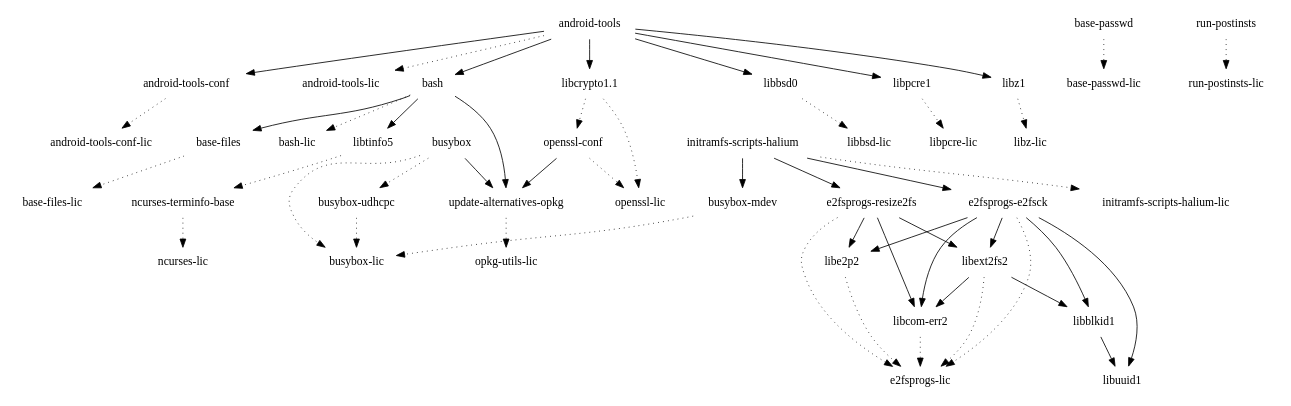
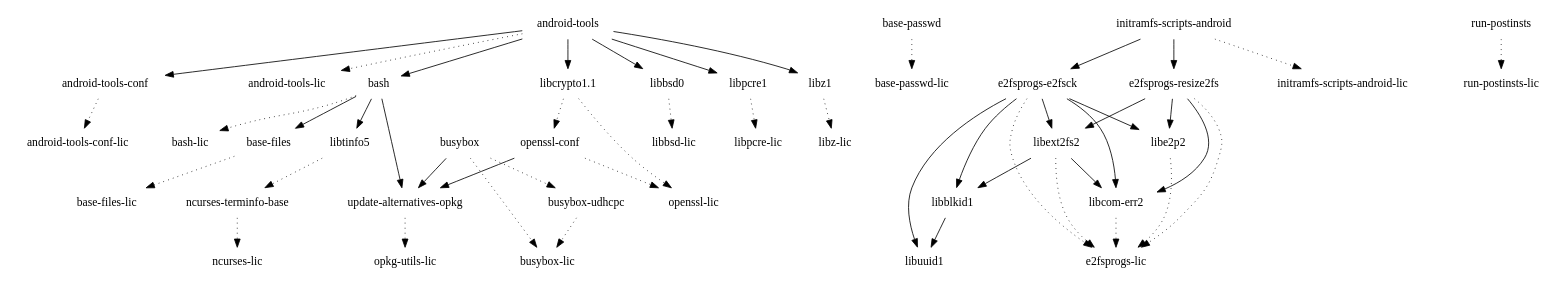
The diagram in images/hammerhead/glibc/initramfs-android-image/depends-nokernel-nolibc.dot (webOS-ports/buildhistory), drawn with Graphviz before and after one commit. The commit also changed 6043 other files, not shown here.

```diff
--- a/images/hammerhead/glibc/initramfs-android-image/depends-nokernel-nolibc.dot
+++ b/images/hammerhead/glibc/initramfs-android-image/depends-nokernel-nolibc.dot
@@ -1,53 +1,51 @@
 digraph depends {
     node [shape=plaintext]
 "android-tools" -> "android-tools-conf"
 "android-tools" -> "android-tools-lic" [style=dotted]
 "android-tools" -> "bash"
 "android-tools-conf" -> "android-tools-conf-lic" [style=dotted]
 "android-tools" -> "libbsd0"
 "android-tools" -> "libcrypto1.1"
 "android-tools" -> "libpcre1"
 "android-tools" -> "libz1"
 "base-files" -> "base-files-lic" [style=dotted]
 "base-passwd" -> "base-passwd-lic" [style=dotted]
 "bash" -> "base-files"
 "bash" -> "bash-lic" [style=dotted]
 "bash" -> "libtinfo5"
 "bash" -> "update-alternatives-opkg"
 "busybox" -> "busybox-lic" [style=dotted]
 "busybox" -> "busybox-udhcpc" [style=dotted]
-"busybox-mdev" -> "busybox-lic" [style=dotted]
 "busybox-udhcpc" -> "busybox-lic" [style=dotted]
 "busybox" -> "update-alternatives-opkg"
 "e2fsprogs-e2fsck" -> "e2fsprogs-lic" [style=dotted]
 "e2fsprogs-e2fsck" -> "libblkid1"
 "e2fsprogs-e2fsck" -> "libcom-err2"
 "e2fsprogs-e2fsck" -> "libe2p2"
 "e2fsprogs-e2fsck" -> "libext2fs2"
 "e2fsprogs-e2fsck" -> "libuuid1"
 "e2fsprogs-resize2fs" -> "e2fsprogs-lic" [style=dotted]
 "e2fsprogs-resize2fs" -> "libcom-err2"
 "e2fsprogs-resize2fs" -> "libe2p2"
 "e2fsprogs-resize2fs" -> "libext2fs2"
-"initramfs-scripts-halium" -> "busybox-mdev"
-"initramfs-scripts-halium" -> "e2fsprogs-e2fsck"
-"initramfs-scripts-halium" -> "e2fsprogs-resize2fs"
-"initramfs-scripts-halium" -> "initramfs-scripts-halium-lic" [style=dotted]
+"initramfs-scripts-android" -> "e2fsprogs-e2fsck"
+"initramfs-scripts-android" -> "e2fsprogs-resize2fs"
+"initramfs-scripts-android" -> "initramfs-scripts-android-lic" [style=dotted]
 "libblkid1" -> "libuuid1"
 "libbsd0" -> "libbsd-lic" [style=dotted]
 "libcom-err2" -> "e2fsprogs-lic" [style=dotted]
 "libcrypto1.1" -> "openssl-conf" [style=dotted]
 "libcrypto1.1" -> "openssl-lic" [style=dotted]
 "libe2p2" -> "e2fsprogs-lic" [style=dotted]
 "libext2fs2" -> "e2fsprogs-lic" [style=dotted]
 "libext2fs2" -> "libblkid1"
 "libext2fs2" -> "libcom-err2"
 "libpcre1" -> "libpcre-lic" [style=dotted]
 "libtinfo5" -> "ncurses-terminfo-base" [style=dotted]
 "libz1" -> "libz-lic" [style=dotted]
 "ncurses-terminfo-base" -> "ncurses-lic" [style=dotted]
 "openssl-conf" -> "openssl-lic" [style=dotted]
 "openssl-conf" -> "update-alternatives-opkg"
 "run-postinsts" -> "run-postinsts-lic" [style=dotted]
 "update-alternatives-opkg" -> "opkg-utils-lic" [style=dotted]
 }
```
